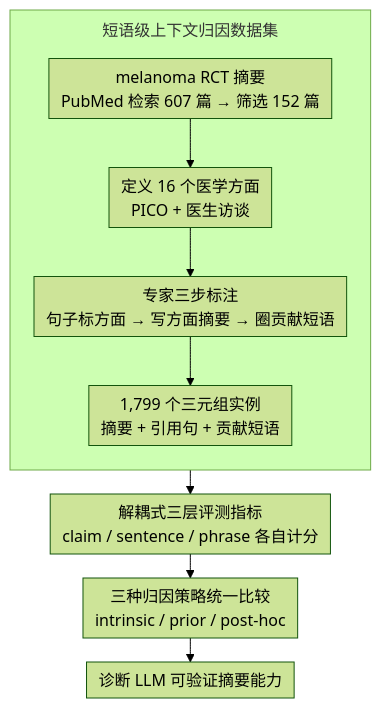
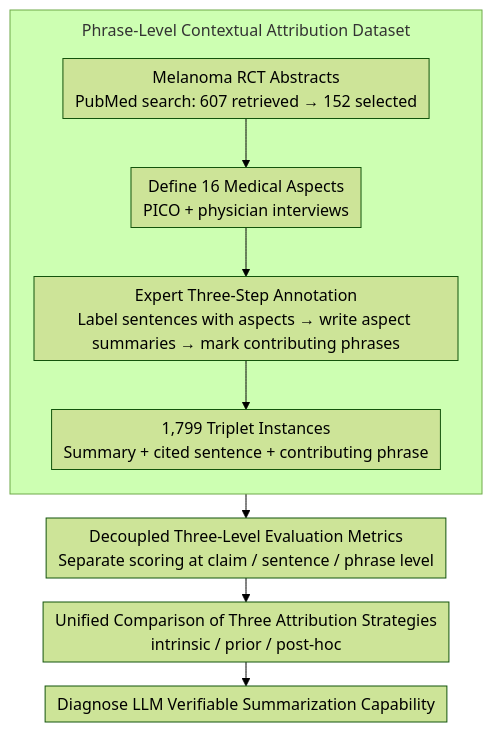
One commit to zhaoyang97/Paper-Notes-en changed the diagram in docs/ACL2026/medical_nlp/pcoa_a_new_benchmark_for_medical_aspect-based_summarization_with_phrase-level_co.md. Above: the diagram before and after it, drawn with Mermaid (forest theme). The commit also changed 644 other files, not shown here.

````diff
--- a/docs/ACL2026/medical_nlp/pcoa_a_new_benchmark_for_medical_aspect-based_summarization_with_phrase-level_co.md
+++ b/docs/ACL2026/medical_nlp/pcoa_a_new_benchmark_for_medical_aspect-based_summarization_with_phrase-level_co.md
@@ -80,13 +80,13 @@
 ```mermaid
 %%{init: {'flowchart': {'rankSpacing': 24, 'nodeSpacing': 28, 'padding': 6, 'wrappingWidth': 400, 'subGraphTitleMargin': {'top': 8, 'bottom': 16}}}}%%
 flowchart TD
-    subgraph DS["短语级上下文归因数据集"]
+    subgraph DS["Phrase-Level Contextual Attribution Dataset"]
         direction TB
-        A["melanoma RCT 摘要<br/>PubMed 检索 607 篇 → 筛选 152 篇"] --> B["定义 16 个医学方面<br/>PICO + 医生访谈"]
-        B --> C["专家三步标注<br/>句子标方面 → 写方面摘要 → 圈贡献短语"]
-        C --> D["1,799 个三元组实例<br/>摘要 + 引用句 + 贡献短语"]
+        A["Melanoma RCT Abstracts<br/>PubMed search: 607 retrieved → 152 selected"] --> B["Define 16 Medical Aspects<br/>PICO + physician interviews"]
+        B --> C["Expert Three-Step Annotation<br/>Label sentences with aspects → write aspect summaries → mark contributing phrases"]
+        C --> D["1,799 Triplet Instances<br/>Summary + cited sentence + contributing phrase"]
     end
-    DS --> E["解耦式三层评测指标<br/>claim / sentence / phrase 各自计分"]
-    E --> F["三种归因策略统一比较<br/>intrinsic / prior / post-hoc"]
-    F --> G["诊断 LLM 可验证摘要能力"]
+    DS --> E["Decoupled Three-Level Evaluation Metrics<br/>Separate scoring at claim / sentence / phrase level"]
+    E --> F["Unified Comparison of Three Attribution Strategies<br/>intrinsic / prior / post-hoc"]
+    F --> G["Diagnose LLM Verifiable Summarization Capability"]
 ```
````
